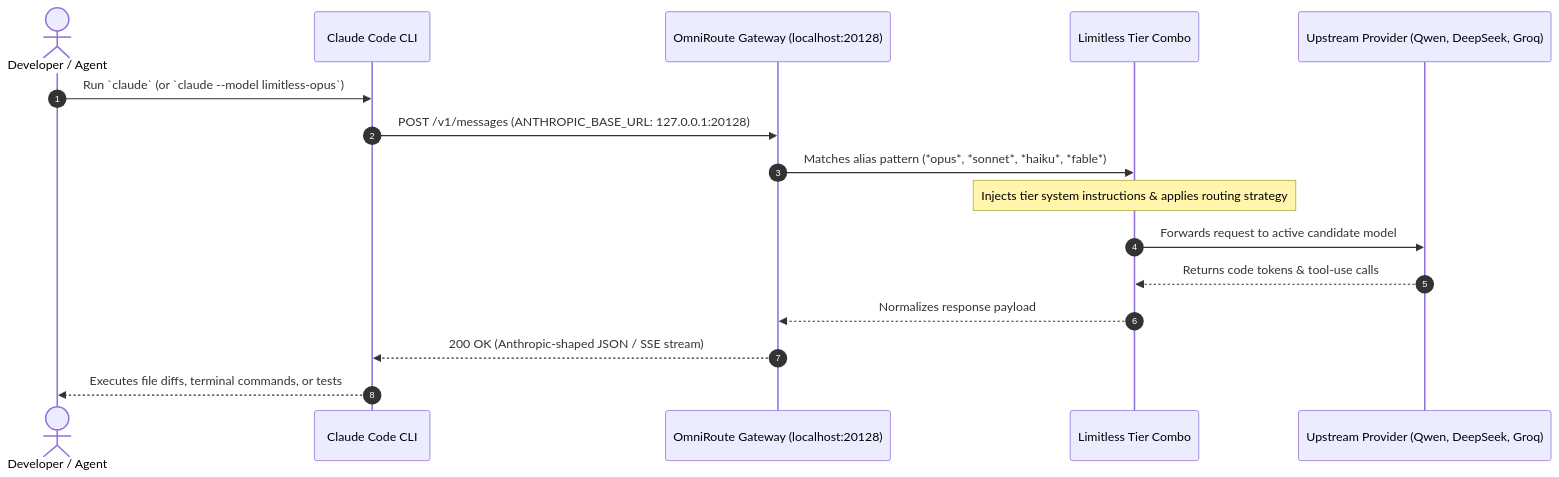
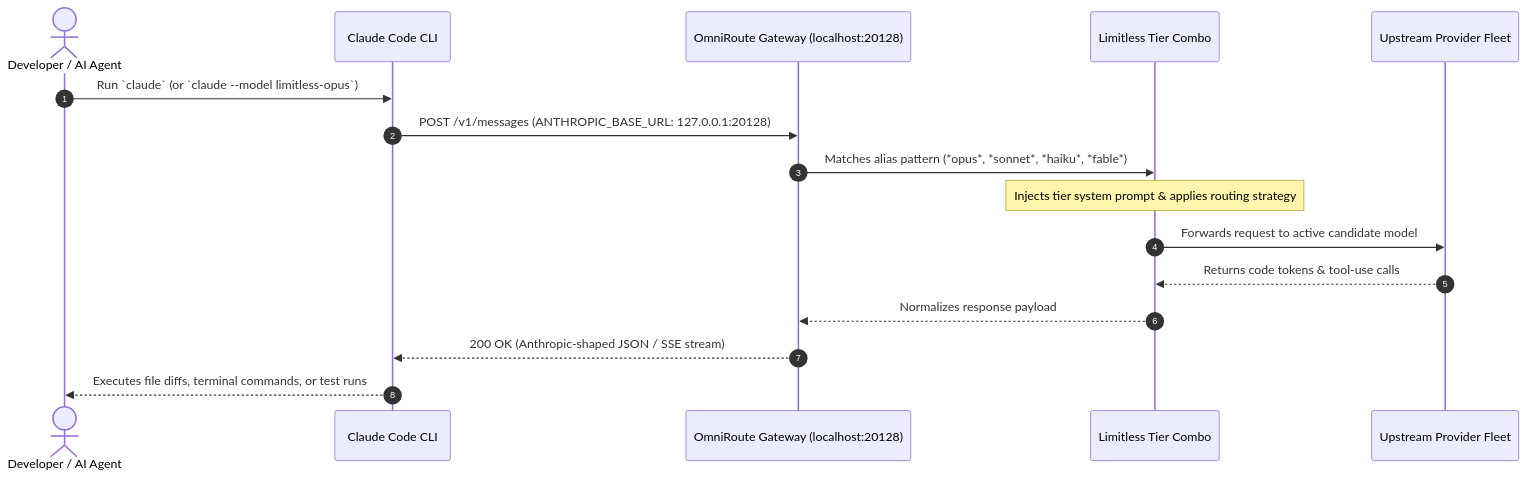
The second of 2 diagrams in README.md (mahik504/limitless-claude), drawn with Mermaid before and after one commit. The commit also changed other lines of this file and 6 other files, not shown here.

Commit message:
feat: release v5.5.0 - updated 4-tier model combos, Haiku/Sonnet/Opus 5.5 & Fable 5.1 personas, universal installer, and self-healing agent prompt

````diff
--- a/README.md
+++ b/README.md
@@ -86,19 +66,19 @@
 ```mermaid
 sequenceDiagram
     autonumber
-    actor Dev as Developer / Agent
+    actor Dev as Developer / AI Agent
     participant CC as Claude Code CLI
     participant OR as OmniRoute Gateway (localhost:20128)
     participant Tier as Limitless Tier Combo
-    participant Upstream as Upstream Provider (Qwen, DeepSeek, Groq)
+    participant Upstream as Upstream Provider Fleet
 
     Dev->>CC: Run `claude` (or `claude --model limitless-opus`)
     CC->>OR: POST /v1/messages (ANTHROPIC_BASE_URL: 127.0.0.1:20128)
     OR->>Tier: Matches alias pattern (*opus*, *sonnet*, *haiku*, *fable*)
-    Note over Tier: Injects tier system instructions & applies routing strategy
+    Note over Tier: Injects tier system prompt & applies routing strategy
     Tier->>Upstream: Forwards request to active candidate model
     Upstream-->>Tier: Returns code tokens & tool-use calls
     Tier-->>OR: Normalizes response payload
     OR-->>CC: 200 OK (Anthropic-shaped JSON / SSE stream)
-    CC-->>Dev: Executes file diffs, terminal commands, or tests
+    CC-->>Dev: Executes file diffs, terminal commands, or test runs
 ```
````
